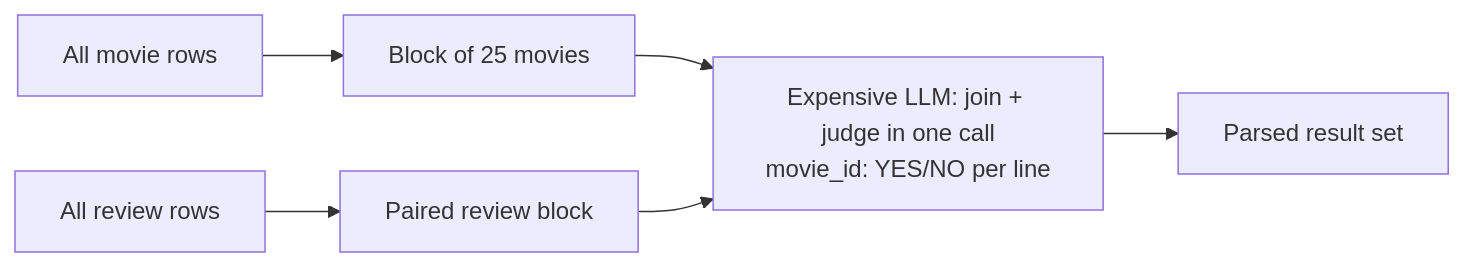
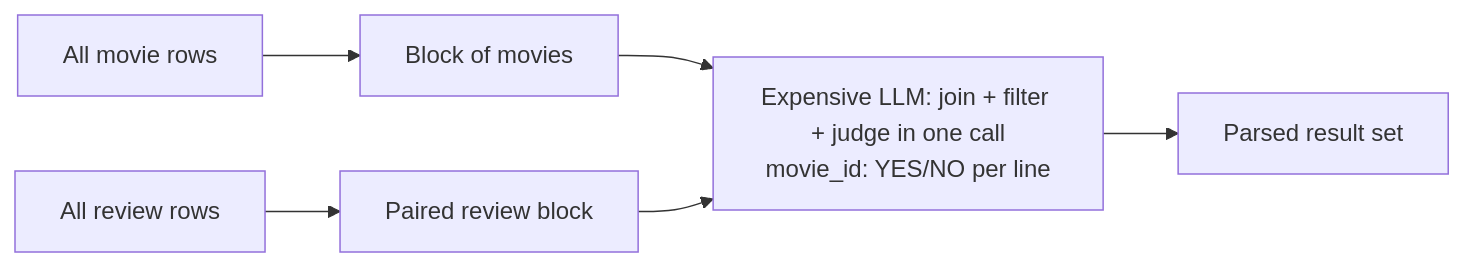
One commit to AnnaRemi/SemanticCascadedLLMJoins changed the fourth of 6 diagrams in README.md. Above: the diagram before and after it, drawn with Mermaid. The commit also changed other lines of this file and 640 other files, not shown here.

````diff
--- a/README.md
+++ b/README.md
@@ -269,8 +282,8 @@
 ```mermaid
 flowchart LR
-    M[All movie rows] --> B1["Block of 25 movies"]
+    M[All movie rows] --> B1["Block of movies"]
     Rv[All review rows] --> B2["Paired review block"]
-    B1 --> J["Expensive LLM: join + judge in one call<br/>movie_id: YES/NO per line"]
+    B1 --> J["Expensive LLM: join + filter + judge in one call<br/>movie_id: YES/NO per line"]
     B2 --> J
     J --> R[Parsed result set]
 ```
````
